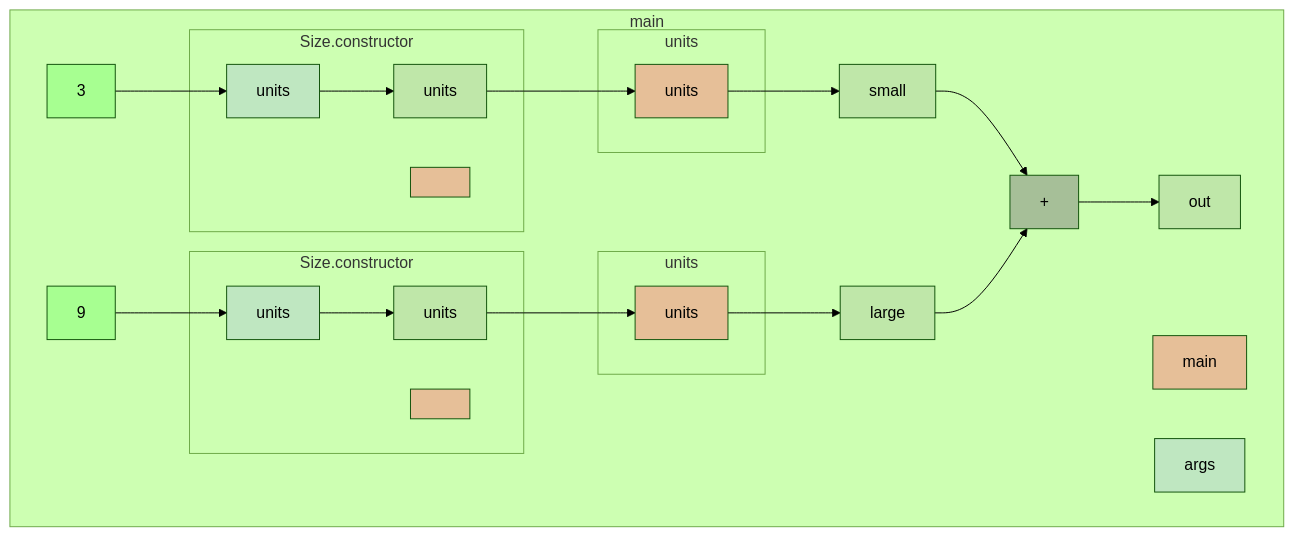
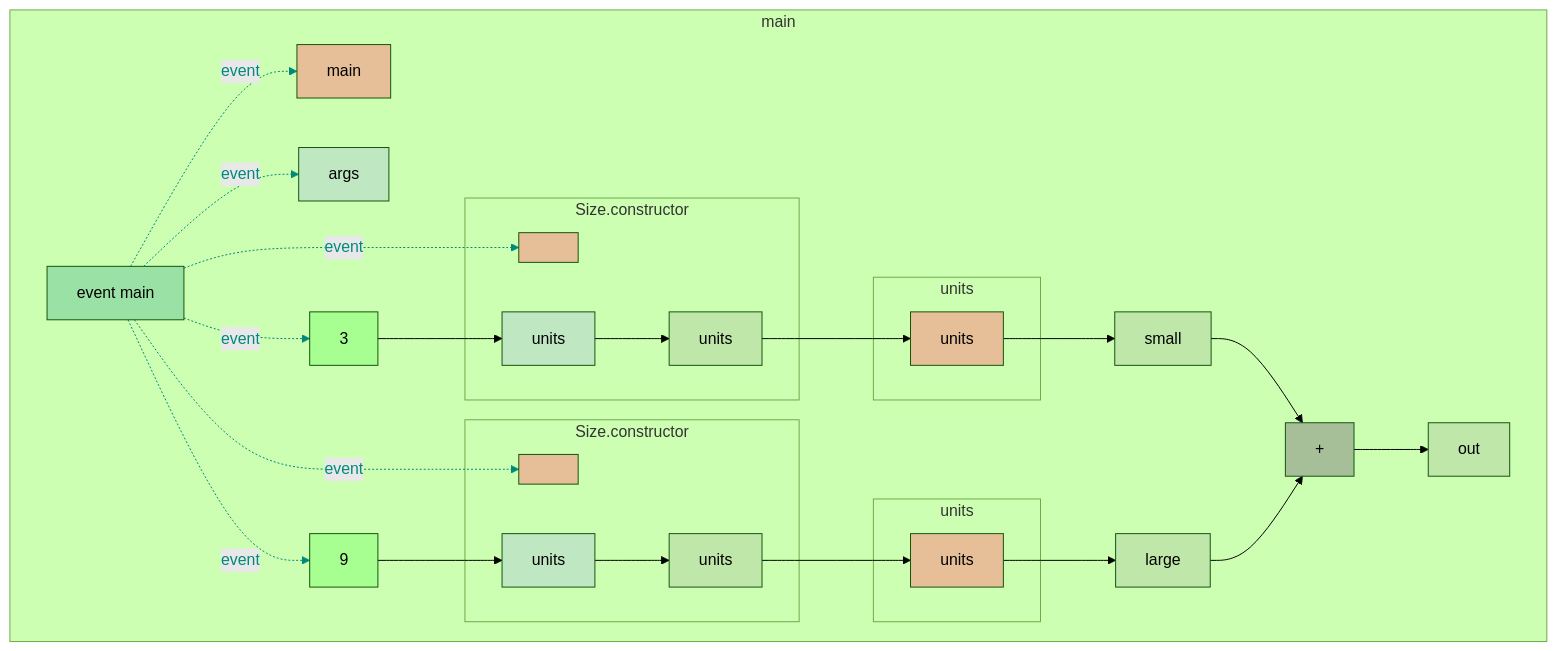
One commit to gstiebler/codeflow changed the diagram in app/src/test/resources/enumConstructor/snapshot.md. Above: the diagram before and after it, drawn with Mermaid (forest theme). The commit also changed 77 other files, not shown here.

````diff
--- a/app/src/test/resources/enumConstructor/snapshot.md
+++ b/app/src/test/resources/enumConstructor/snapshot.md
@@ -1,47 +1,61 @@
 ```mermaid
 flowchart TD
   subgraph b0["main"]
-    n1[main]:::RETURN
-    n2[args]:::FUNC_PARAM
-    n3[3]:::LITERAL
-    n10[small]:::VARIABLE
-    n11[9]:::LITERAL
-    n18[large]:::VARIABLE
-    n19[+]:::BIN_OP
-    n20[out]:::VARIABLE
-    n3[3]:::LITERAL --> n6[units]:::FUNC_PARAM
-    n10[small]:::VARIABLE --> n19[+]:::BIN_OP
-    n11[9]:::LITERAL --> n14[units]:::FUNC_PARAM
-    n18[large]:::VARIABLE --> n19[+]:::BIN_OP
-    n19[+]:::BIN_OP --> n20[out]:::VARIABLE
-    n7[units]:::VARIABLE --> n9[units]:::RETURN
-    n9[units]:::RETURN --> n10[small]:::VARIABLE
-    n15[units]:::VARIABLE --> n17[units]:::RETURN
-    n17[units]:::RETURN --> n18[large]:::VARIABLE
-    subgraph b4["Size.constructor"]
-      n5[<init>]:::RETURN
-      n6[units]:::FUNC_PARAM
-      n7[units]:::VARIABLE
-      n6[units]:::FUNC_PARAM --> n7[units]:::VARIABLE
+    n1[event main]:::EVENT
+    n2[main]:::RETURN
+    n3[args]:::FUNC_PARAM
+    n4[3]:::LITERAL
+    n11[small]:::VARIABLE
+    n12[9]:::LITERAL
+    n19[large]:::VARIABLE
+    n20[+]:::BIN_OP
+    n21[out]:::VARIABLE
+    n1[event main]:::EVENT -. event .-> n2[main]:::RETURN
+    n1[event main]:::EVENT -. event .-> n3[args]:::FUNC_PARAM
+    n1[event main]:::EVENT -. event .-> n4[3]:::LITERAL
+    n1[event main]:::EVENT -. event .-> n12[9]:::LITERAL
+    n1[event main]:::EVENT -. event .-> n6[<init>]:::RETURN
+    n1[event main]:::EVENT -. event .-> n14[<init>]:::RETURN
+    n4[3]:::LITERAL --> n7[units]:::FUNC_PARAM
+    n11[small]:::VARIABLE --> n20[+]:::BIN_OP
+    n12[9]:::LITERAL --> n15[units]:::FUNC_PARAM
+    n19[large]:::VARIABLE --> n20[+]:::BIN_OP
+    n20[+]:::BIN_OP --> n21[out]:::VARIABLE
+    n8[units]:::VARIABLE --> n10[units]:::RETURN
+    n10[units]:::RETURN --> n11[small]:::VARIABLE
+    n16[units]:::VARIABLE --> n18[units]:::RETURN
+    n18[units]:::RETURN --> n19[large]:::VARIABLE
+    subgraph b5["Size.constructor"]
+      n6[<init>]:::RETURN
+      n7[units]:::FUNC_PARAM
+      n8[units]:::VARIABLE
+      n7[units]:::FUNC_PARAM --> n8[units]:::VARIABLE
     end
-    subgraph b8["units"]
-      n9[units]:::RETURN
+    subgraph b9["units"]
+      n10[units]:::RETURN
     end
-    subgraph b12["Size.constructor"]
-      n13[<init>]:::RETURN
-      n14[units]:::FUNC_PARAM
-      n15[units]:::VARIABLE
-      n14[units]:::FUNC_PARAM --> n15[units]:::VARIABLE
+    subgraph b13["Size.constructor"]
+      n14[<init>]:::RETURN
+      n15[units]:::FUNC_PARAM
+      n16[units]:::VARIABLE
+      n15[units]:::FUNC_PARAM --> n16[units]:::VARIABLE
     end
-    subgraph b16["units"]
-      n17[units]:::RETURN
+    subgraph b17["units"]
+      n18[units]:::RETURN
     end
   end
+  linkStyle 0 stroke:#00897b,color:#00897b
+  linkStyle 1 stroke:#00897b,color:#00897b
+  linkStyle 2 stroke:#00897b,color:#00897b
+  linkStyle 3 stroke:#00897b,color:#00897b
+  linkStyle 4 stroke:#00897b,color:#00897b
+  linkStyle 5 stroke:#00897b,color:#00897b
   classDef LITERAL fill:#00FF0030
   classDef VARIABLE fill:#80808030
   classDef BIN_OP fill:#80808080
   classDef FUNC_PARAM fill:#8080FF30
   classDef RETURN fill:#FF808080
   classDef EXTERNAL fill:#FFA50040
   classDef UNMODELLED fill:#FF000030,stroke-dasharray: 4 2
+  classDef EVENT fill:#00897B40
 ```
````
